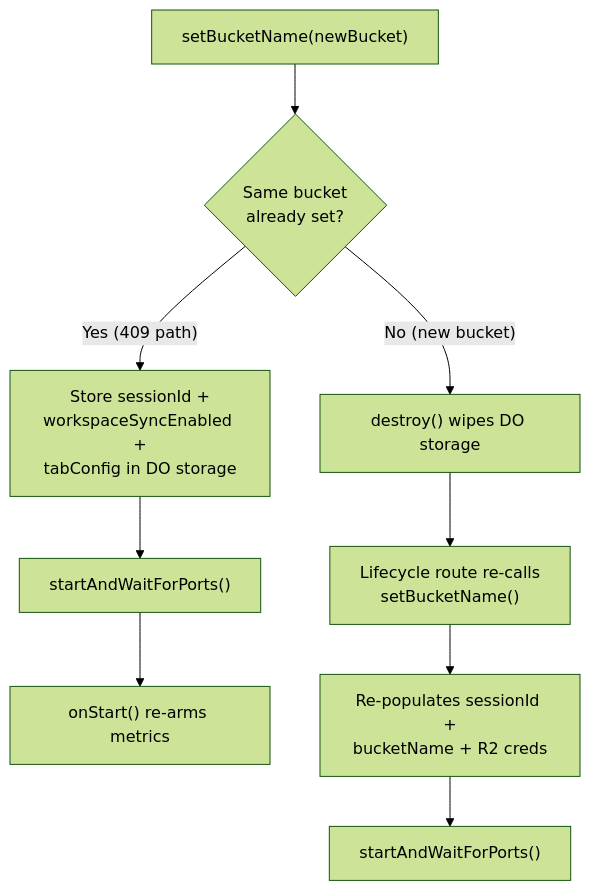
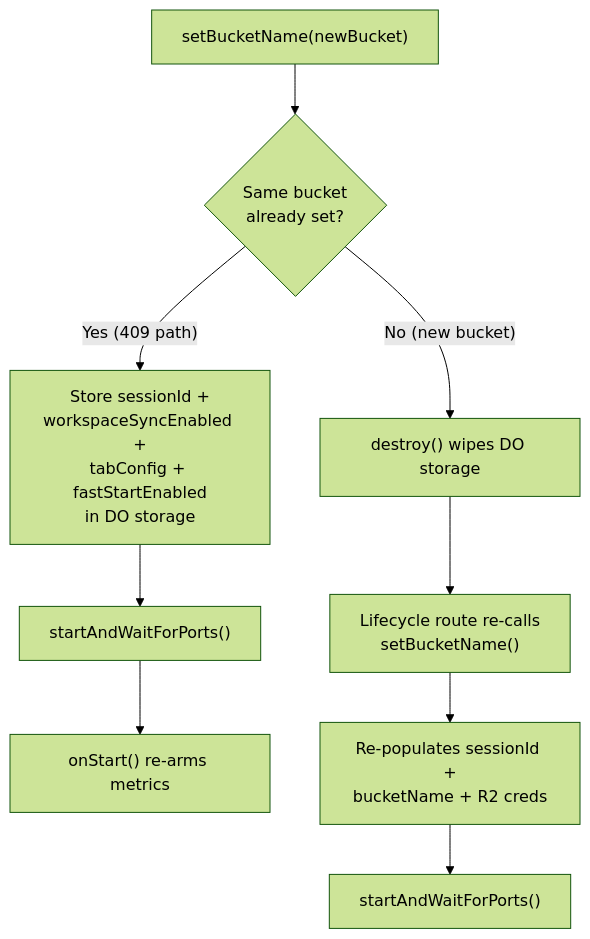
Before and after one commit to nikolanovoselec/codeflare: the ninth of 12 diagrams in TECHNICAL.md, drawn with Mermaid (forest theme). The commit also changed other lines of this file and 1 other file, not shown here.

````diff
--- a/TECHNICAL.md
+++ b/TECHNICAL.md
@@ -389,13 +387,13 @@
 ```mermaid
 flowchart TD
     Start["setBucketName(newBucket)"] --> SameBucket{"Same bucket<br/>already set?"}
 
-    SameBucket -->|"Yes (409 path)"| Store409["Store sessionId +<br/>workspaceSyncEnabled +<br/>tabConfig in DO storage"]
+    SameBucket -->|"Yes (409 path)"| Store409["Store sessionId +<br/>workspaceSyncEnabled +<br/>tabConfig + fastStartEnabled<br/>in DO storage"]
     Store409 --> Start409["startAndWaitForPorts()"]
     Start409 --> OnStart409["onStart() re-arms metrics"]
 
     SameBucket -->|"No (new bucket)"| Destroy["destroy() wipes DO storage"]
     Destroy --> Recall["Lifecycle route re-calls<br/>setBucketName()"]
     Recall --> Repop["Re-populates sessionId +<br/>bucketName + R2 creds"]
     Repop --> StartNew["startAndWaitForPorts()"]
 ```
````
